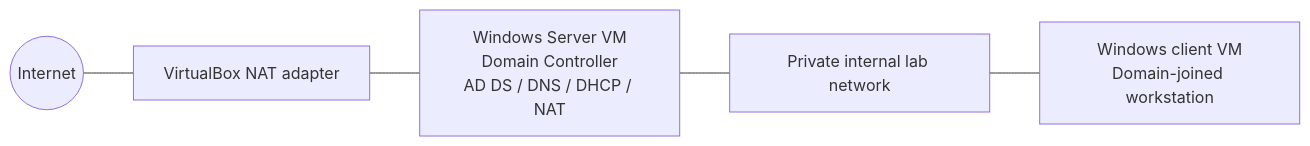
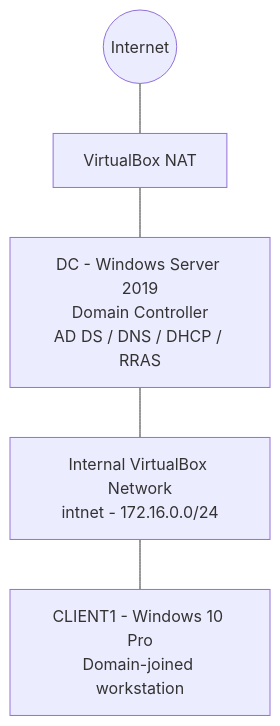
Before and after one commit to dariusscotland/active-directory-home-lab: the diagram in README.md, drawn with Mermaid. The commit also changed other lines of this file and 12 other files, not shown here.

````diff
--- a/README.md
+++ b/README.md
@@ -18,7 +27,13 @@
 ```mermaid
-flowchart LR
-    Internet((Internet)) --- NAT[VirtualBox NAT adapter]
-    NAT --- DC["Windows Server VM<br/>Domain Controller<br/>AD DS / DNS / DHCP / NAT"]
-    DC --- LAN["Private internal lab network"]
-    LAN --- CLIENT["Windows client VM<br/>Domain-joined workstation"]
+flowchart TD
+    INTERNET((Internet))
+    NAT[VirtualBox NAT]
+    DC["DC - Windows Server 2019<br/>Domain Controller<br/>AD DS / DNS / DHCP / RRAS"]
+    LAN["Internal VirtualBox Network<br/>intnet - 172.16.0.0/24"]
+    CLIENT["CLIENT1 - Windows 10 Pro<br/>Domain-joined workstation"]
+
+    INTERNET --- NAT
+    NAT --- DC
+    DC --- LAN
+    LAN --- CLIENT
 ```
````
